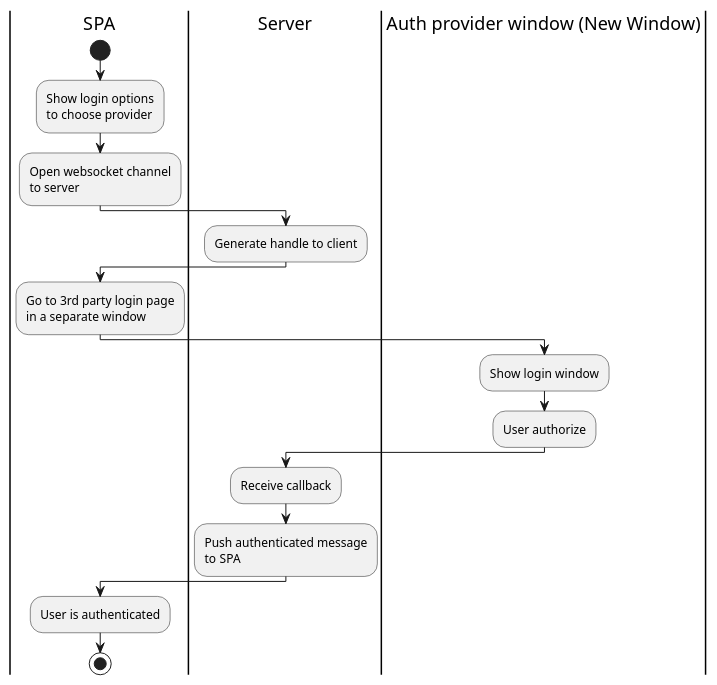
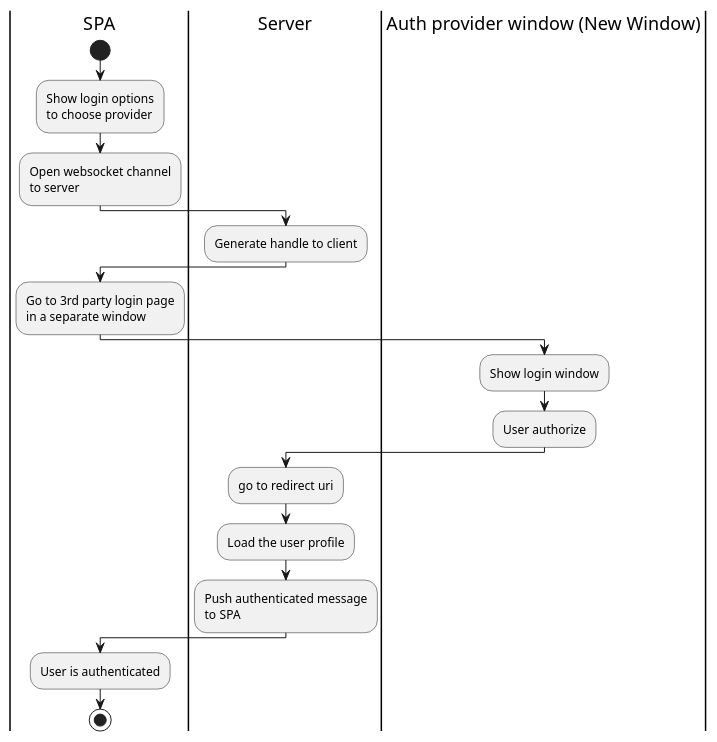
The diagram in document/seamless-login-activity.puml (sohoffice/seamless-login-demo), drawn with PlantUML before and after one commit. The commit also changed 6 other files, not shown here.

```diff
--- a/document/seamless-login-activity.puml
+++ b/document/seamless-login-activity.puml
@@ -1,23 +1,24 @@
 @startuml
 |SPA|
 start
 :Show login options
 to choose provider;
 :Open websocket channel
 to server;
 |Server|
 :Generate handle to client;
 |SPA|
 :Go to 3rd party login page
 in a separate window;
 |Auth provider window (New Window)|
 :Show login window;
 :User authorize;
 |Server|
-:Receive callback;
+:go to redirect uri;
+:Load the user profile;
 :Push authenticated message
 to SPA;
 |SPA|
 :User is authenticated;
 stop
 @enduml
```
